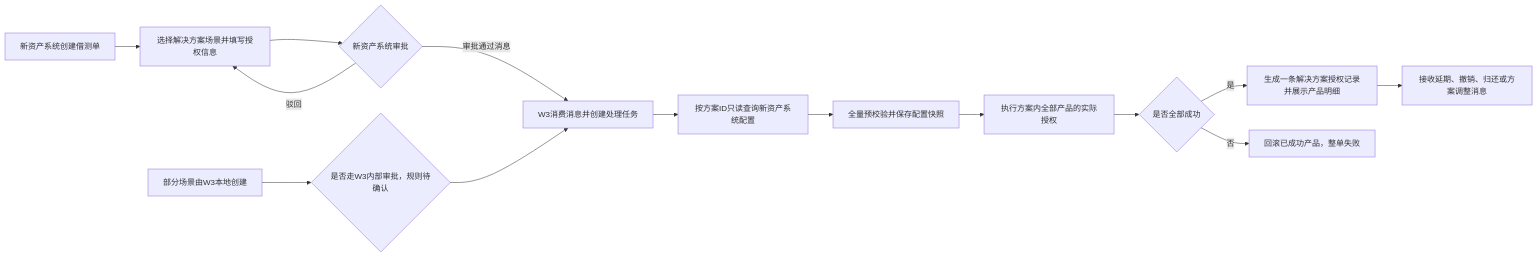
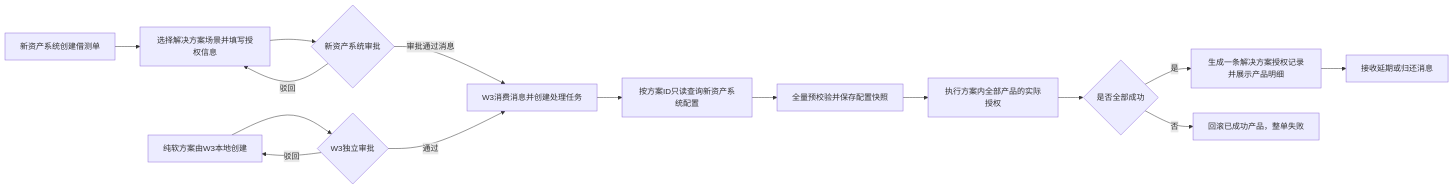
One commit to vitalemonteea/Test-authorization changed the diagram in docs/解决方案型测试授权申请概要方案.md. Above: the diagram before and after it, drawn with Mermaid. The commit also changed other lines of this file and 3 other files, not shown here.

````diff
--- a/docs/解决方案型测试授权申请概要方案.md
+++ b/docs/解决方案型测试授权申请概要方案.md
@@ -48,16 +48,17 @@
 ```mermaid
 flowchart LR
     A["新资产系统创建借测单"] --> B["选择解决方案场景并填写授权信息"]
     B --> C{"新资产系统审批"}
     C -- "驳回" --> B
     C -- "审批通过消息" --> D["W3消费消息并创建处理任务"]
-    W["部分场景由W3本地创建"] --> X{"是否走W3内部审批，规则待确认"}
-    X --> D
+    W["纯软方案由W3本地创建"] --> X{"W3独立审批"}
+    X -- "驳回" --> W
+    X -- "通过" --> D
     D --> E["按方案ID只读查询新资产系统配置"]
     E --> F["全量预校验并保存配置快照"]
     F --> G["执行方案内全部产品的实际授权"]
     G --> H{"是否全部成功"}
     H -- "是" --> I["生成一条解决方案授权记录并展示产品明细"]
     H -- "否" --> J["回滚已成功产品，整单失败"]
-    I --> K["接收延期、撤销、归还或方案调整消息"]
+    I --> K["接收延期或归还消息"]
 ```
````
